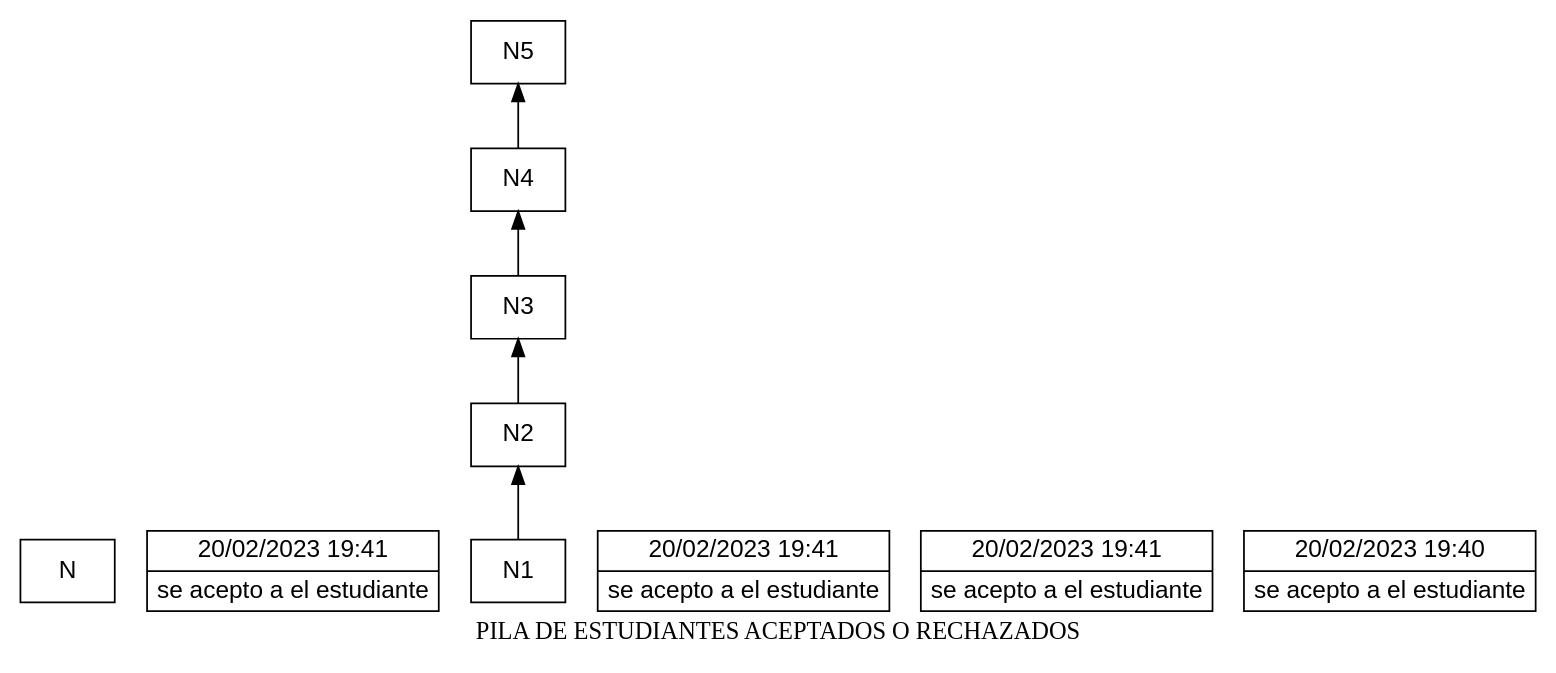
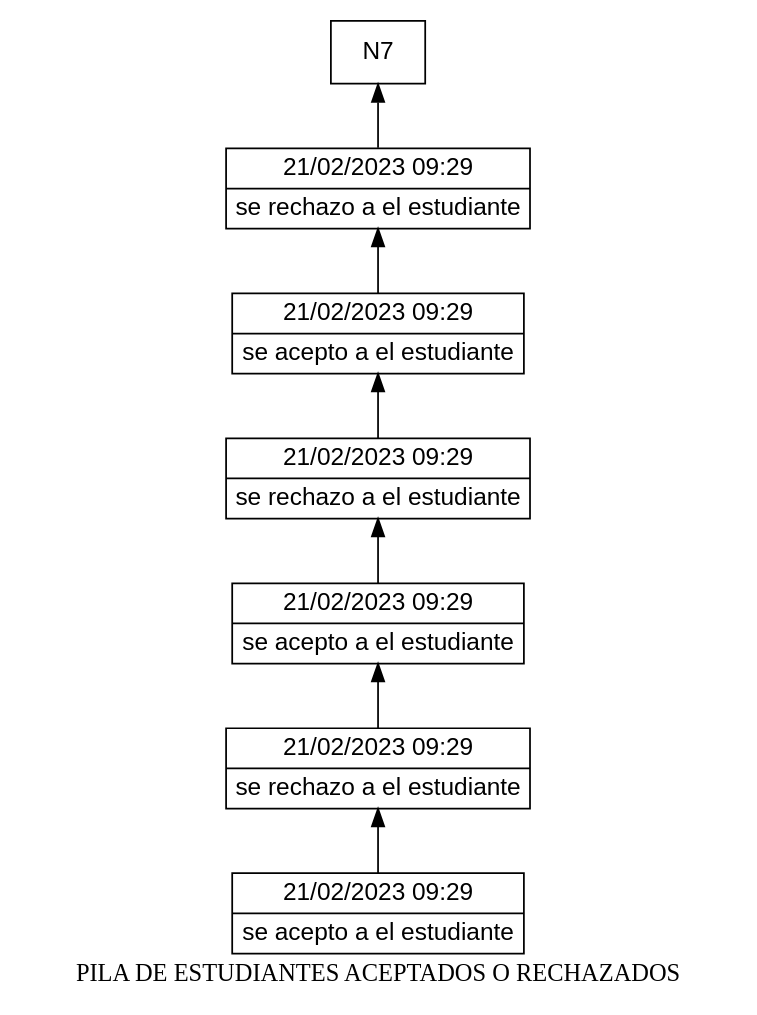
Before and after one commit to Nahomi-Aparicio/EDD_1S2023_PY_202113293_F1: the diagram in EDD_Proyecto1_Fase1/pila.dot, drawn with Graphviz. The commit also changed 5 other files, not shown here.

```diff
--- a/EDD_Proyecto1_Fase1/pila.dot
+++ b/EDD_Proyecto1_Fase1/pila.dot
@@ -1,14 +1,18 @@
 digraph G {
 rankdir=BT;
 node [shape=box];
 node [shape=record fontname=Arial]
 label = "PILA DE ESTUDIANTES ACEPTADOS O RECHAZADOS";
-N-1659074[label="{20/02/2023      19:41     |se acepto a el estudiante}"];
+N6[label="{21/02/2023      09:29     |se rechazo a el estudiante}"];
 N1->N2;
-N-1659075[label="{20/02/2023      19:41     |se acepto a el estudiante}"];
+N5[label="{21/02/2023      09:29     |se acepto a el estudiante}"];
 N2->N3;
-N-1659076[label="{20/02/2023      19:41     |se acepto a el estudiante}"];
+N4[label="{21/02/2023      09:29     |se rechazo a el estudiante}"];
 N3->N4;
-N-1659077[label="{20/02/2023      19:40     |se acepto a el estudiante}"];
+N3[label="{21/02/2023      09:29     |se acepto a el estudiante}"];
 N4->N5;
+N2[label="{21/02/2023      09:29     |se rechazo a el estudiante}"];
+N5->N6;
+N1[label="{21/02/2023      09:29     |se acepto a el estudiante}"];
+N6->N7;
 }
```
